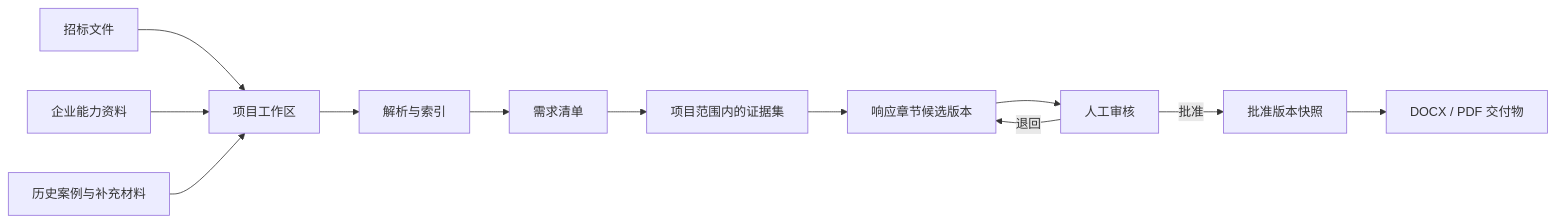
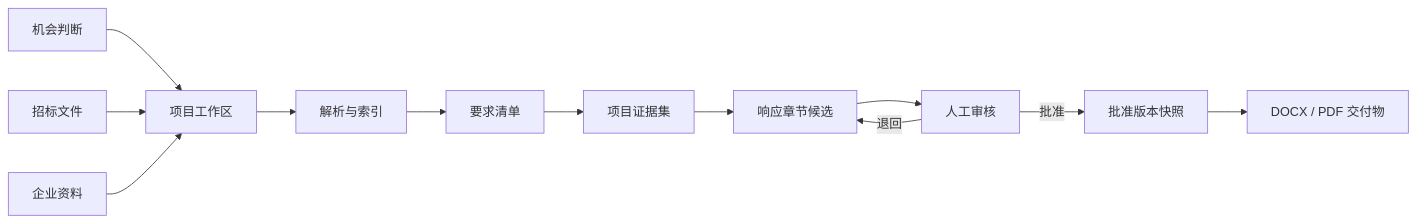
The first of 2 diagrams in README.md (AVIDS2/BidPilot), drawn with Mermaid before and after one commit. The commit also changed other lines of this file and 32 other files, not shown here.

````diff
--- a/README.md
+++ b/README.md
@@ -48,14 +86,14 @@
 ```mermaid
 flowchart LR
-    A[招标文件] --> P[项目工作区]
-    B[企业能力资料] --> P
-    C[历史案例与补充材料] --> P
+    A[机会判断] --> P[项目工作区]
+    B[招标文件] --> P
+    C[企业资料] --> P
     P --> I[解析与索引]
-    I --> R[需求清单]
-    R --> E[项目范围内的证据集]
-    E --> D[响应章节候选版本]
+    I --> R[要求清单]
+    R --> E[项目证据集]
+    E --> D[响应章节候选]
     D --> H[人工审核]
     H -->|退回| D
     H -->|批准| X[批准版本快照]
     X --> O[DOCX / PDF 交付物]
 ```
````
